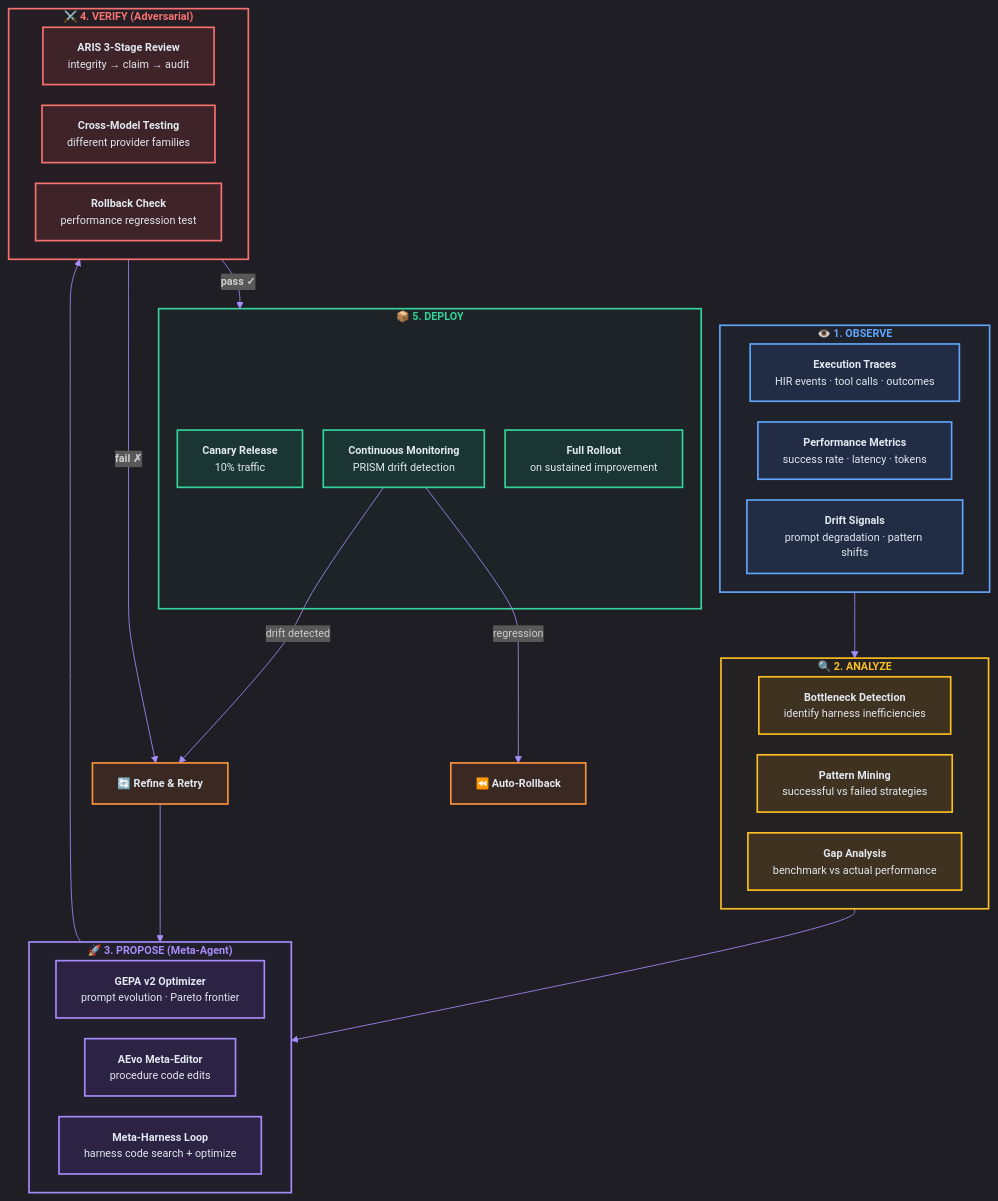
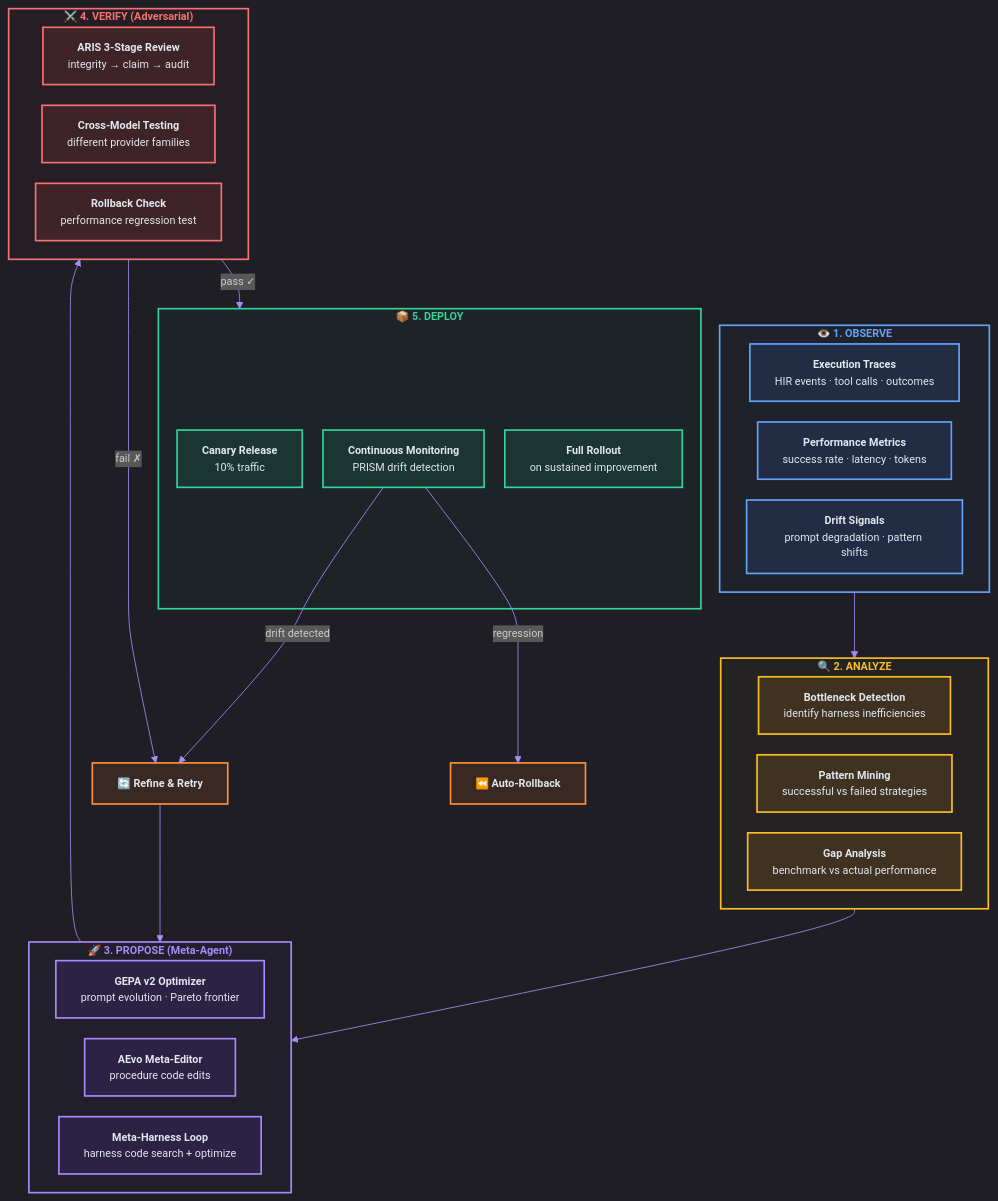
One commit to ndqkhanh/lyra changed the fifth of 6 diagrams in README.md. Above: the diagram before and after it, drawn with Mermaid. The commit also changed other lines of this file, not shown here.

Commit message:
fix: Remove HTML tags from Mermaid edge labels causing parse errors
Edge labels in Safety Architecture and Self-Evolving Harness diagrams
used <b> tags which Mermaid's parser rejects. Switched to plain text
with quotes for all edge labels.

````diff
--- a/README.md
+++ b/README.md
@@ -374,60 +374,60 @@
 ```mermaid
 %%{init: {'theme': 'dark', 'themeVariables': {'primaryColor': '#8b5cf6', 'lineColor': '#a78bfa', 'fontSize': '13px'}, 'flowchart': {'nodeSpacing': 25, 'rankSpacing': 40}}}%%
 flowchart TB
     subgraph Observe["<b style='color:#60a5fa;'>👁️ 1. OBSERVE</b>"]
         Traces["<b>Execution Traces</b><br/>HIR events · tool calls · outcomes"]
         Metrics["<b>Performance Metrics</b><br/>success rate · latency · tokens"]
         Drift["<b>Drift Signals</b><br/>prompt degradation · pattern shifts"]
     end
 
     subgraph Analyze["<b style='color:#fbbf24;'>🔍 2. ANALYZE</b>"]
         Bottleneck["<b>Bottleneck Detection</b><br/>identify harness inefficiencies"]
         Pattern["<b>Pattern Mining</b><br/>successful vs failed strategies"]
         Gap["<b>Gap Analysis</b><br/>benchmark vs actual performance"]
     end
 
     subgraph Propose["<b style='color:#a78bfa;'>🚀 3. PROPOSE (Meta-Agent)</b>"]
         GEPA["<b>GEPA v2 Optimizer</b><br/>prompt evolution · Pareto frontier"]
         AEvo["<b>AEvo Meta-Editor</b><br/>procedure code edits"]
         Harness["<b>Meta-Harness Loop</b><br/>harness code search + optimize"]
     end
 
     subgraph Verify["<b style='color:#f87171;'>⚔️ 4. VERIFY (Adversarial)</b>"]
         ARIS["<b>ARIS 3-Stage Review</b><br/>integrity → claim → audit"]
         CrossModel["<b>Cross-Model Testing</b><br/>different provider families"]
         Rollback["<b>Rollback Check</b><br/>performance regression test"]
     end
 
     subgraph Deploy2["<b style='color:#34d399;'>📦 5. DEPLOY</b>"]
         Canary["<b>Canary Release</b><br/>10% traffic"]
         Monitor["<b>Continuous Monitoring</b><br/>PRISM drift detection"]
         FullDeploy["<b>Full Rollout</b><br/>on sustained improvement"]
     end
 
     Observe --> Analyze --> Propose --> Verify
-    Verify -->|<b>pass ✓</b>| Deploy2
-    Verify -->|<b>fail ✗</b>| Refine["<b>🔄 Refine & Retry</b>"]
+    Verify -->|"pass ✓"| Deploy2
+    Verify -->|"fail ✗"| Refine["<b>🔄 Refine & Retry</b>"]
     Refine --> Propose
-    Monitor -->|regression| Rollback2["<b>⏪ Auto-Rollback</b>"]
-    Monitor -->|drift detected| Refine
+    Monitor -->|"regression"| Rollback2["<b>⏪ Auto-Rollback</b>"]
+    Monitor -->|"drift detected"| Refine
 
     classDef observe fill:#3b82f620,stroke:#60a5fa,stroke-width:2px,color:#e2e8f0
     classDef analyze fill:#f59e0b20,stroke:#fbbf24,stroke-width:2px,color:#e2e8f0
     classDef propose fill:#7c3aed20,stroke:#a78bfa,stroke-width:2px,color:#e2e8f0
     classDef verify fill:#ef444420,stroke:#f87171,stroke-width:2px,color:#e2e8f0
     classDef deploy fill:#10b98120,stroke:#34d399,stroke-width:2px,color:#e2e8f0
     classDef retry fill:#f9731620,stroke:#fb923c,stroke-width:2px,color:#e2e8f0
 
     class Traces,Metrics,Drift observe
     class Bottleneck,Pattern,Gap analyze
     class GEPA,AEvo,Harness propose
     class ARIS,CrossModel,Rollback verify
     class Canary,Monitor,FullDeploy deploy
     class Refine,Rollback2 retry
 
     style Observe fill:#3b82f608,stroke:#60a5fa,stroke-width:2px
     style Analyze fill:#f59e0b08,stroke:#fbbf24,stroke-width:2px
     style Propose fill:#7c3aed08,stroke:#a78bfa,stroke-width:2px
     style Verify fill:#ef444408,stroke:#f87171,stroke-width:2px
     style Deploy2 fill:#10b98108,stroke:#34d399,stroke-width:2px
 ```
````
